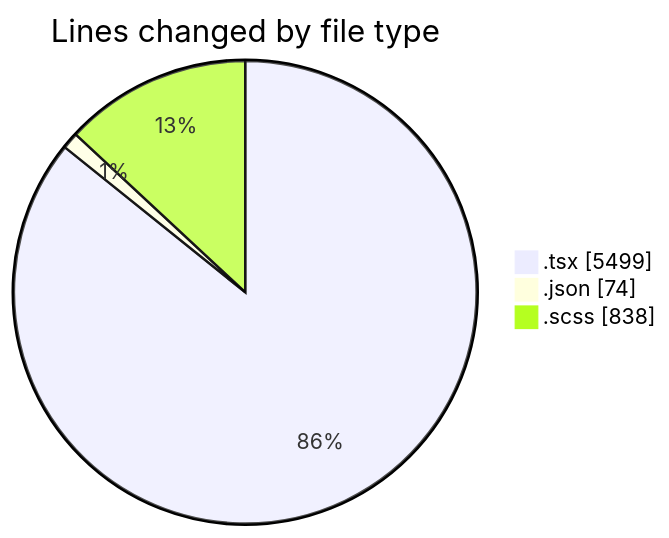
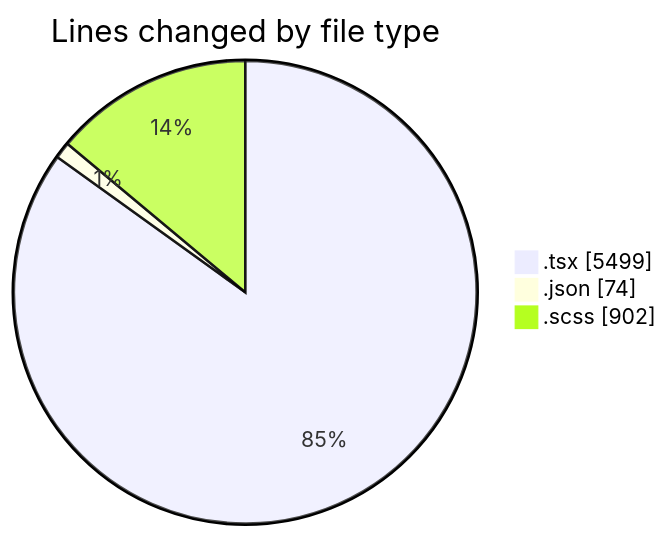
One commit to momahboobian/code-tracking changed the first of 2 diagrams in 2025-04-08/cda/README.md. Above: the diagram before and after it, drawn with Mermaid. The commit also changed other lines of this file and 1 other file, not shown here.

````diff
--- a/2025-04-08/cda/README.md
+++ b/2025-04-08/cda/README.md
@@ -38,7 +39,7 @@
 ```mermaid
 pie showData
 title Lines changed by file type
 ".tsx" : 5499
 ".json" : 74
-".scss" : 838
+".scss" : 902
 ```
````
